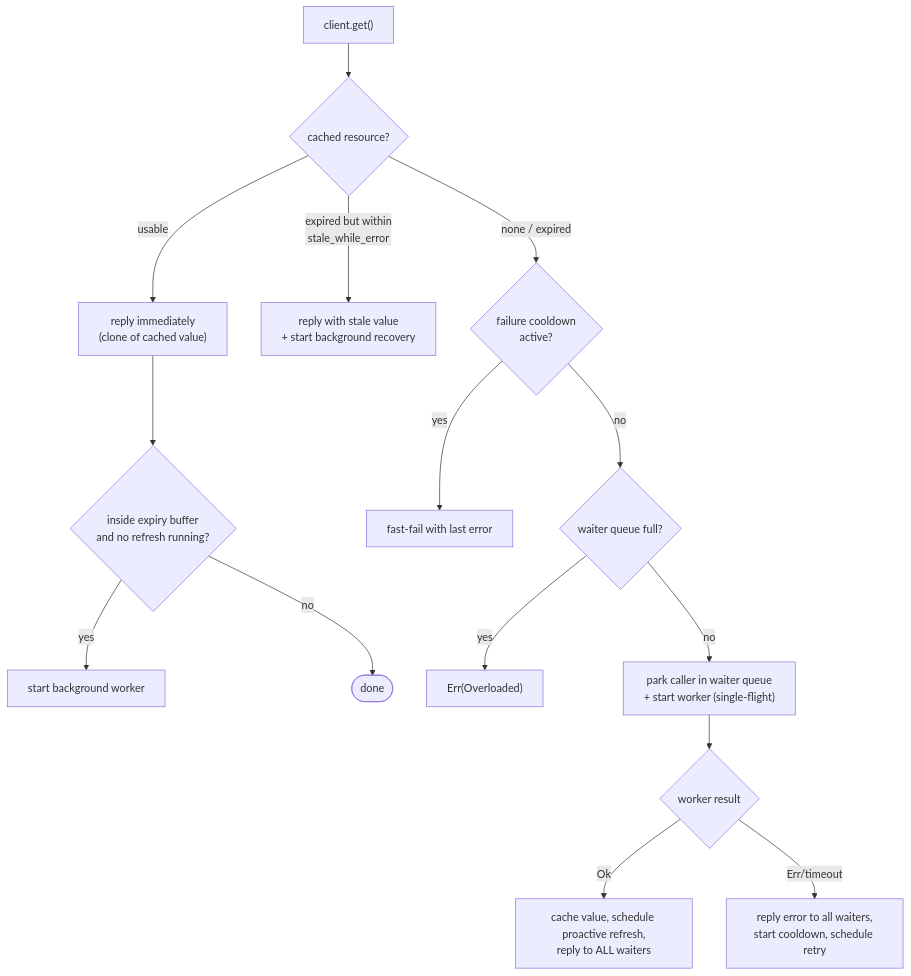
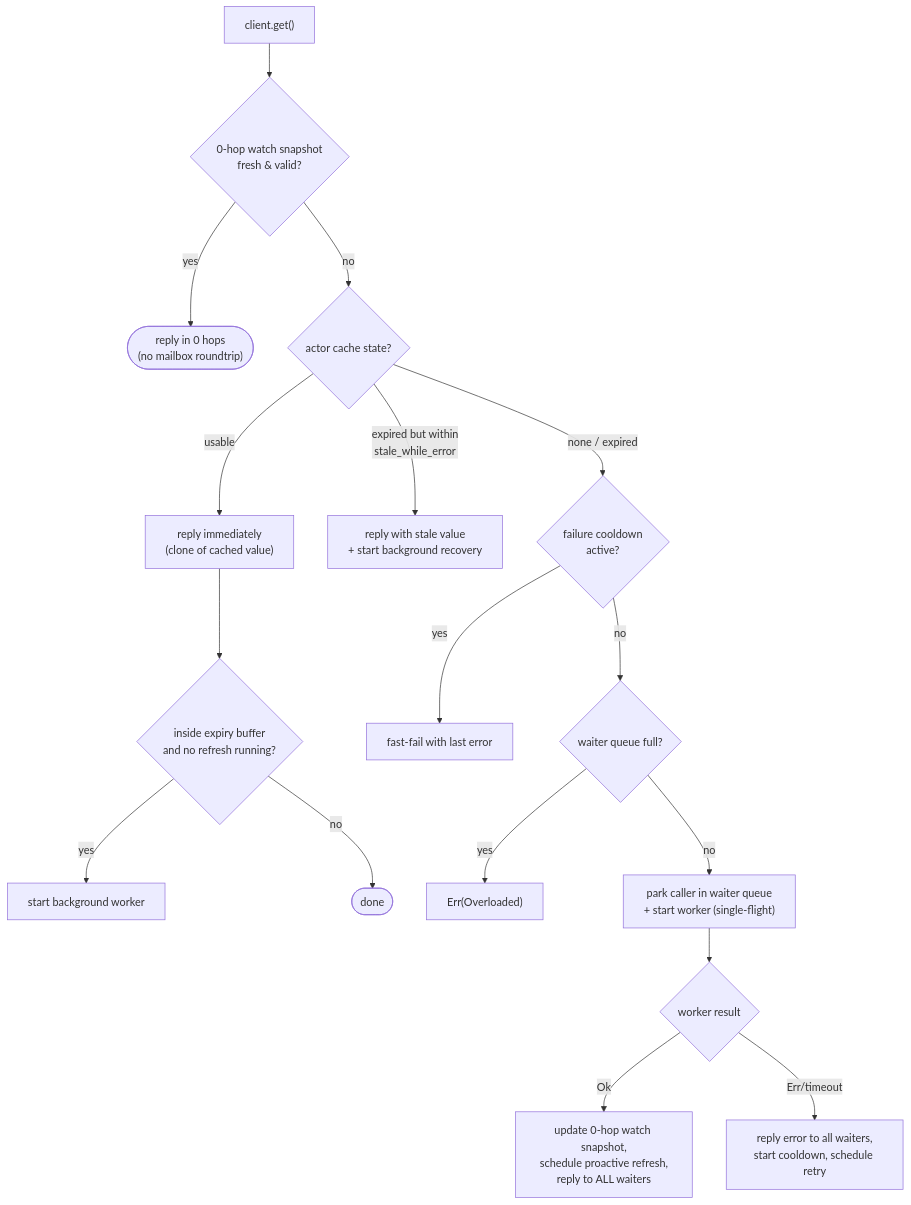
One commit to AlfredWeirich/otp-actor changed the third of 4 diagrams in README.md. Above: the diagram before and after it, drawn with Mermaid. The commit also changed other lines of this file and 27 other files, not shown here.

````diff
--- a/README.md
+++ b/README.md
@@ -357,18 +355,20 @@
 ```mermaid
 flowchart TD
-    Get["client.get()"] --> HasRes{"cached resource?"}
+    Get["client.get()"] --> WatchCheck{"0-hop watch snapshot<br/>fresh & valid?"}
+    WatchCheck -- yes --> WatchHit(["reply in 0 hops<br/>(no mailbox roundtrip)"])
+    WatchCheck -- no --> HasRes{"actor cache state?"}
     HasRes -- "usable" --> Serve["reply immediately<br/>(clone of cached value)"]
     Serve --> Soon{"inside expiry buffer<br/>and no refresh running?"}
     Soon -- yes --> Refresh1["start background worker"]
     Soon -- no --> Done1(["done"])
 
     HasRes -- "expired but within<br/>stale_while_error" --> Stale["reply with stale value<br/>+ start background recovery"]
     HasRes -- "none / expired" --> Cool{"failure cooldown<br/>active?"}
     Cool -- yes --> FastFail["fast-fail with last error"]
     Cool -- no --> Full{"waiter queue full?"}
     Full -- yes --> Over["Err(Overloaded)"]
     Full -- no --> Park["park caller in waiter queue<br/>+ start worker (single-flight)"]
     Park --> Result{"worker result"}
-    Result -- Ok --> Broadcast["cache value, schedule proactive refresh,<br/>reply to ALL waiters"]
+    Result -- Ok --> Broadcast["update 0-hop watch snapshot,<br/>schedule proactive refresh,<br/>reply to ALL waiters"]
     Result -- Err/timeout --> Fail["reply error to all waiters,<br/>start cooldown, schedule retry"]
 ```
````
